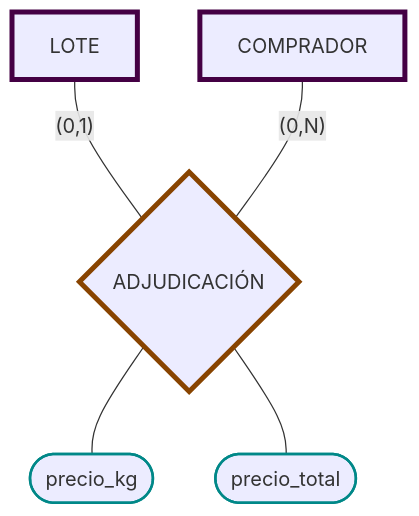
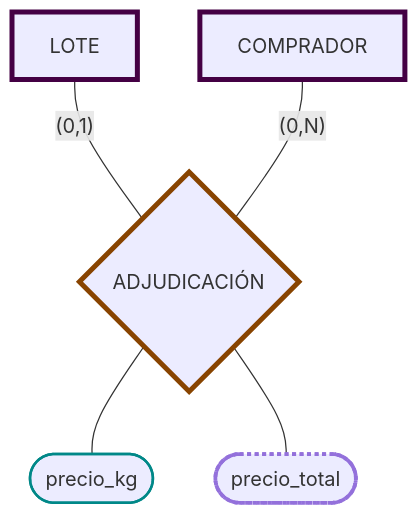
Before and after one commit to JulTob/BasesDeDatos: the diagram in Practica/P1/Schema/Adjudicación.md, drawn with Mermaid. The commit also changed other lines of this file and 16 other files, not shown here.

````diff
--- a/Practica/P1/Schema/Adjudicación.md
+++ b/Practica/P1/Schema/Adjudicación.md
@@ -9,21 +9,21 @@
 ```mermaid
 flowchart TD
   classDef atributo stroke:#088,stroke-width:2px;
   classDef derivado stroke-width:3px, stroke-dasharray:3 3;
   classDef pk stroke:#800,stroke-width:4px;
   classDef fk stroke:#080,stroke-width:4px;
   classDef entidad stroke:#404,stroke-width:4px;
   classDef pkfk stroke:#880,stroke-width:4px;
   classDef relacion stroke:#840,stroke-width:4px;
 
   Lote[LOTE]:::entidad
   Comprador[COMPRADOR]:::entidad
   Adjudicacion{ADJUDICACIÓN}:::relacion
 
   Adjudicacion --- precio_kg(["precio_kg"]):::atributo
-  Adjudicacion --- precio_total([precio_total]):::atributo 
+  Adjudicacion --- precio_total([precio_total]):::derivado
 
   Lote ---|"(0,1)"| Adjudicacion
   Comprador ---|"(0,N)"| Adjudicacion
 
 ```
````
